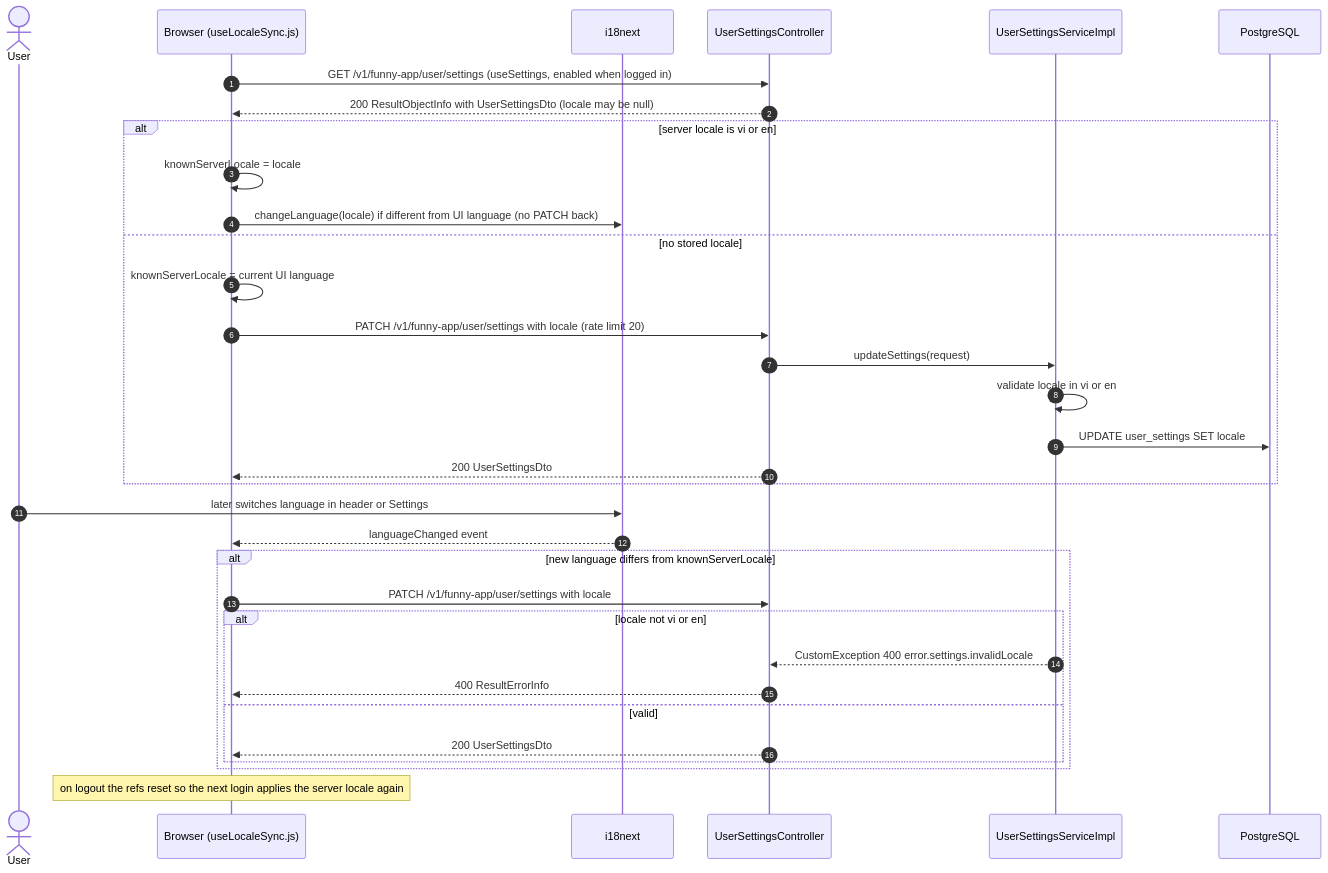
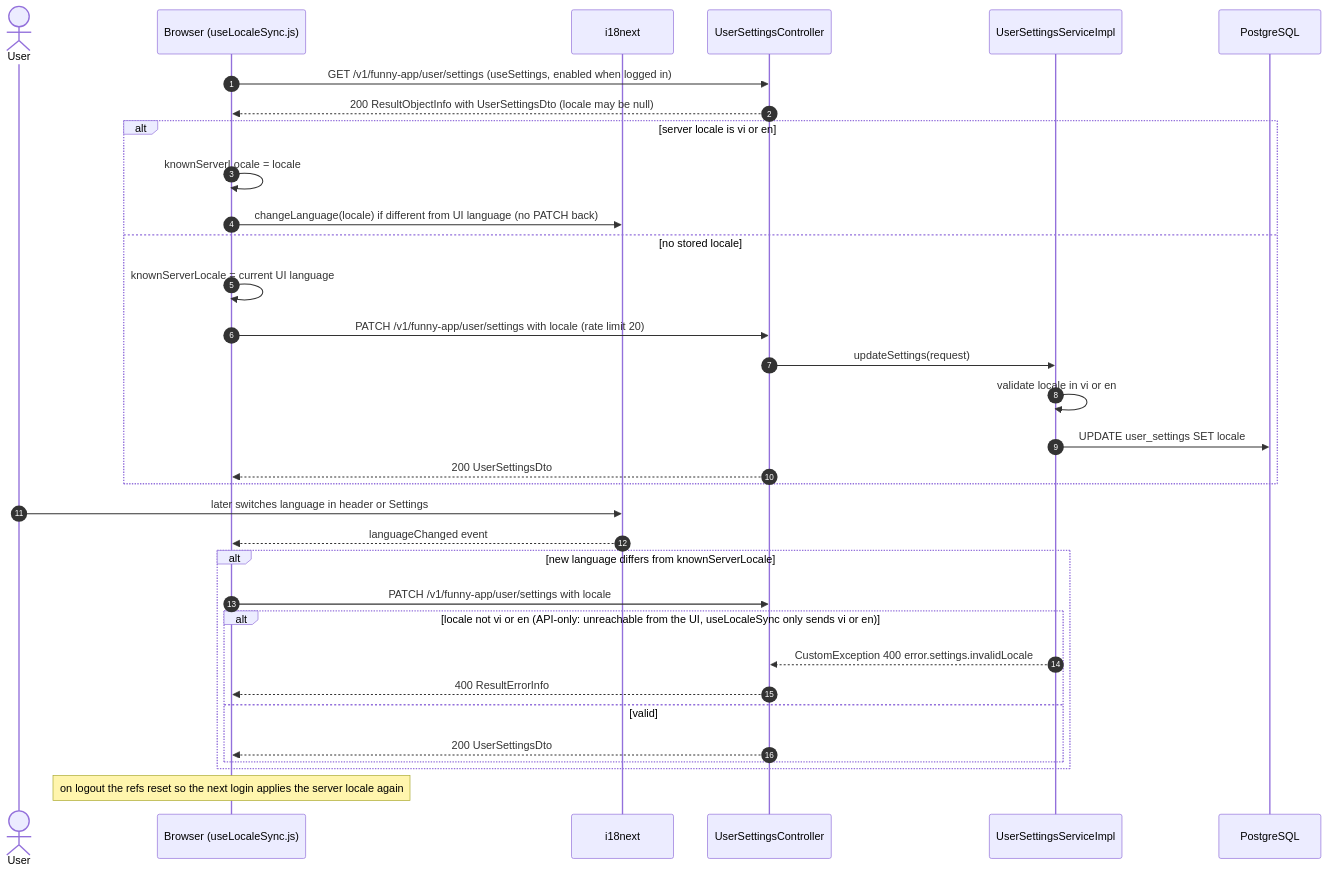
One commit to nguyenhuuca/assessment changed the third of 4 diagrams in docs/sequence/sequence-i18n.md. Above: the diagram before and after it, drawn with Mermaid. The commit also changed other lines of this file and 16 other files, not shown here.

First line of the commit message:
docs(sequence): bring all sequence diagrams in line with the current code

````diff
--- a/docs/sequence/sequence-i18n.md
+++ b/docs/sequence/sequence-i18n.md
@@ -68,37 +68,37 @@
 ```mermaid
 sequenceDiagram
     autonumber
     actor U as User
     participant FE as Browser (useLocaleSync.js)
     participant I as i18next
     participant API as UserSettingsController
     participant S as UserSettingsServiceImpl
     participant DB as PostgreSQL
 
     FE->>API: GET /v1/funny-app/user/settings (useSettings, enabled when logged in)
     API-->>FE: 200 ResultObjectInfo with UserSettingsDto (locale may be null)
     alt server locale is vi or en
         FE->>FE: knownServerLocale = locale
         FE->>I: changeLanguage(locale) if different from UI language (no PATCH back)
     else no stored locale
         FE->>FE: knownServerLocale = current UI language
         FE->>API: PATCH /v1/funny-app/user/settings with locale (rate limit 20)
         API->>S: updateSettings(request)
         S->>S: validate locale in vi or en
         S->>DB: UPDATE user_settings SET locale
         API-->>FE: 200 UserSettingsDto
     end
 
     U->>I: later switches language in header or Settings
     I-->>FE: languageChanged event
     alt new language differs from knownServerLocale
         FE->>API: PATCH /v1/funny-app/user/settings with locale
-        alt locale not vi or en
+        alt locale not vi or en (API-only: unreachable from the UI, useLocaleSync only sends vi or en)
             S-->>API: CustomException 400 error.settings.invalidLocale
             API-->>FE: 400 ResultErrorInfo
         else valid
             API-->>FE: 200 UserSettingsDto
         end
     end
     Note over FE: on logout the refs reset so the next login applies the server locale again
 ```
````
